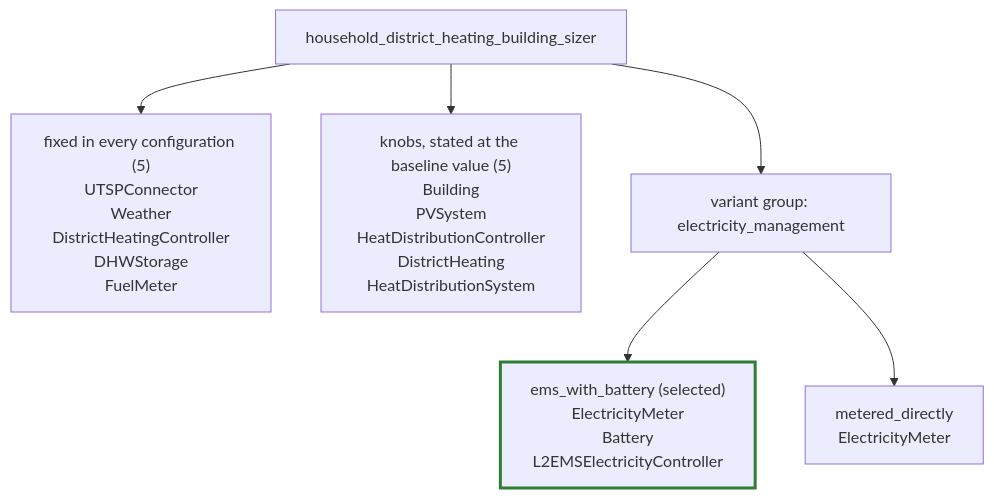
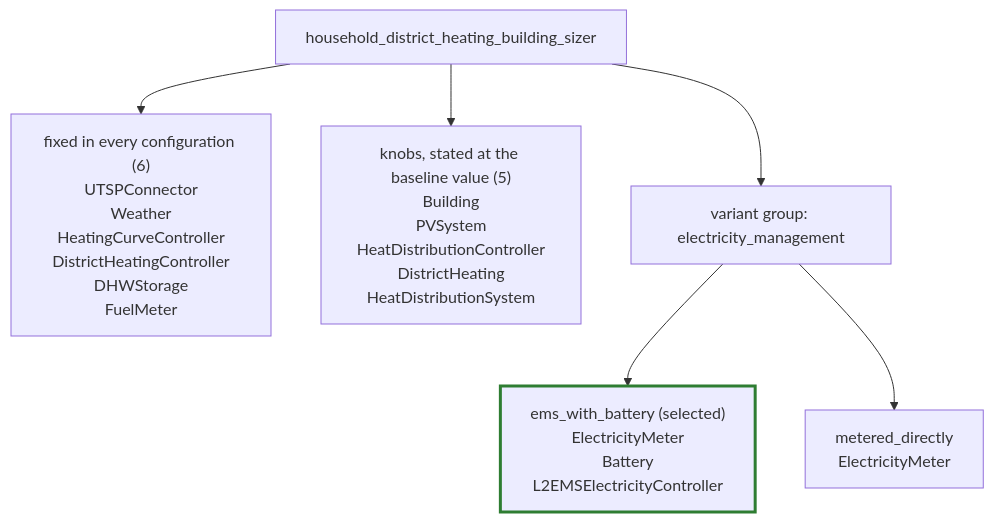
One commit to FZJ-IEK3-VSA/HiSim changed the first of 22 diagrams in roadmap/declarative_energy_systems/grouping_overview.md. Above: the diagram before and after it, drawn with Mermaid. The commit also changed other lines of this file and 114 other files, not shown here.

````diff
--- a/roadmap/declarative_energy_systems/grouping_overview.md
+++ b/roadmap/declarative_energy_systems/grouping_overview.md
@@ -54,18 +54,18 @@
 ```mermaid
 flowchart TD
     setup["household_district_heating_building_sizer"]
-    fixed["fixed in every configuration (5)<br/>UTSPConnector<br/>Weather<br/>DistrictHeatingController<br/>DHWStorage<br/>FuelMeter"]
+    fixed["fixed in every configuration (6)<br/>UTSPConnector<br/>Weather<br/>HeatingCurveController<br/>DistrictHeatingController<br/>DHWStorage<br/>FuelMeter"]
     knobs["knobs, stated at the baseline value (5)<br/>Building<br/>PVSystem<br/>HeatDistributionController<br/>DistrictHeating<br/>HeatDistributionSystem"]
     group1["variant group: electricity_management"]
     optA["ems_with_battery (selected)<br/>ElectricityMeter<br/>Battery<br/>L2EMSElectricityController"]
     optB["metered_directly<br/>ElectricityMeter"]
 
     setup --> fixed
     setup --> knobs
     setup --> group1
     group1 --> optA
     group1 --> optB
 
     classDef selected stroke:#2e7d32,stroke-width:3px;
     class optA selected;
 ```
````
